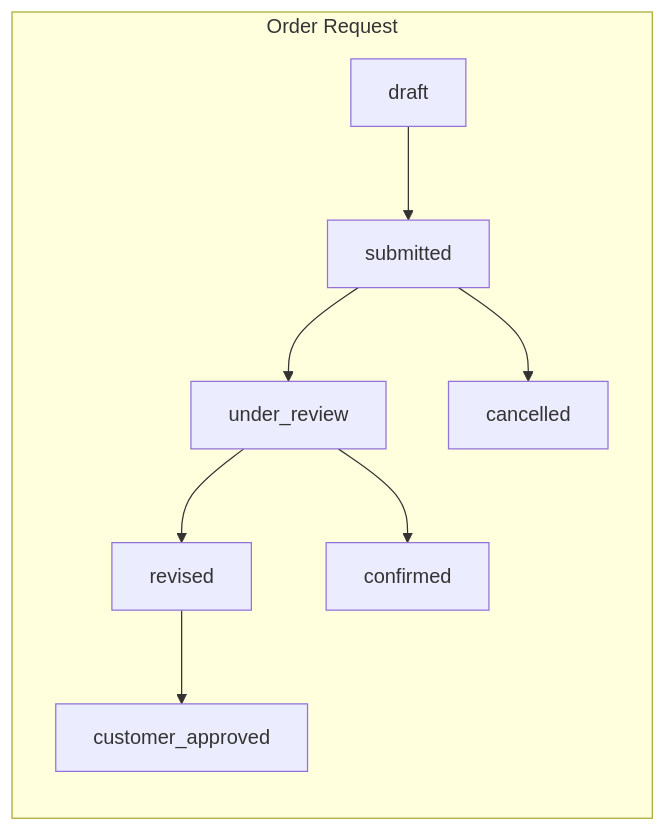
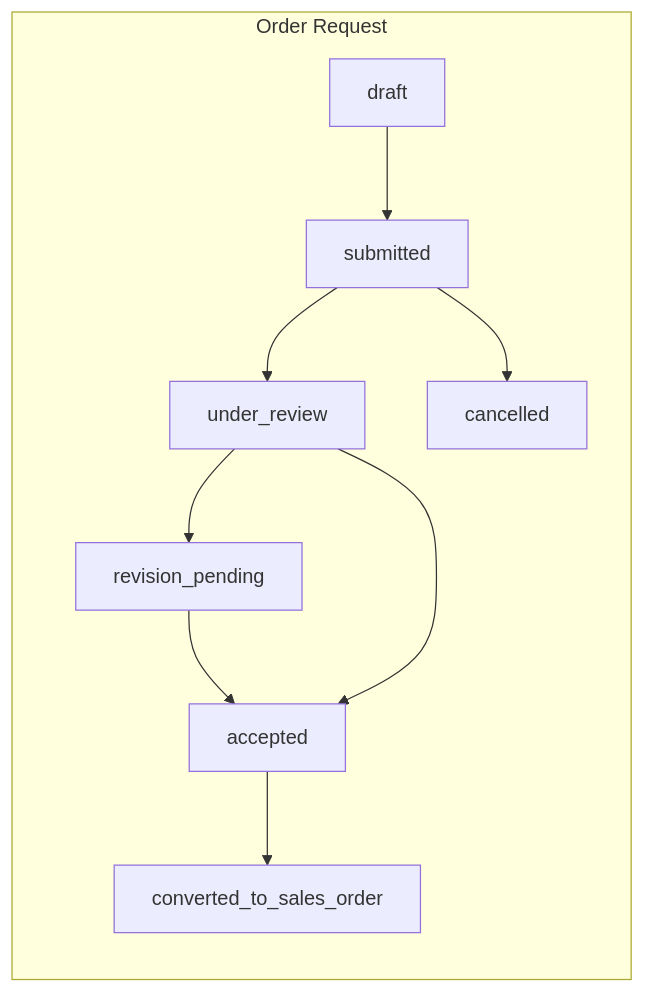
One commit to TUL09/tul-b2b-platform changed the first of 3 diagrams in PRODUCT_REQUIREMENTS.md. Above: the diagram before and after it, drawn with Mermaid. The commit also changed other lines of this file and 8 other files, not shown here.

````diff
--- a/PRODUCT_REQUIREMENTS.md
+++ b/PRODUCT_REQUIREMENTS.md
@@ -106,11 +106,12 @@
 ```mermaid
 graph LR
   subgraph "Order Request"
     OR_DRAFT["draft"] --> OR_SUBMITTED["submitted"]
     OR_SUBMITTED --> OR_REVIEW["under_review"]
-    OR_REVIEW --> OR_REVISED["revised"]
-    OR_REVISED --> OR_APPROVED["customer_approved"]
-    OR_REVIEW --> OR_CONFIRMED["confirmed"]
+    OR_REVIEW --> OR_REVISED["revision_pending"]
+    OR_REVISED --> OR_ACCEPTED["accepted"]
+    OR_REVIEW --> OR_ACCEPTED
+    OR_ACCEPTED --> OR_CONVERTED["converted_to_sales_order"]
     OR_SUBMITTED --> OR_CANCELLED["cancelled"]
   end
 ```
````
